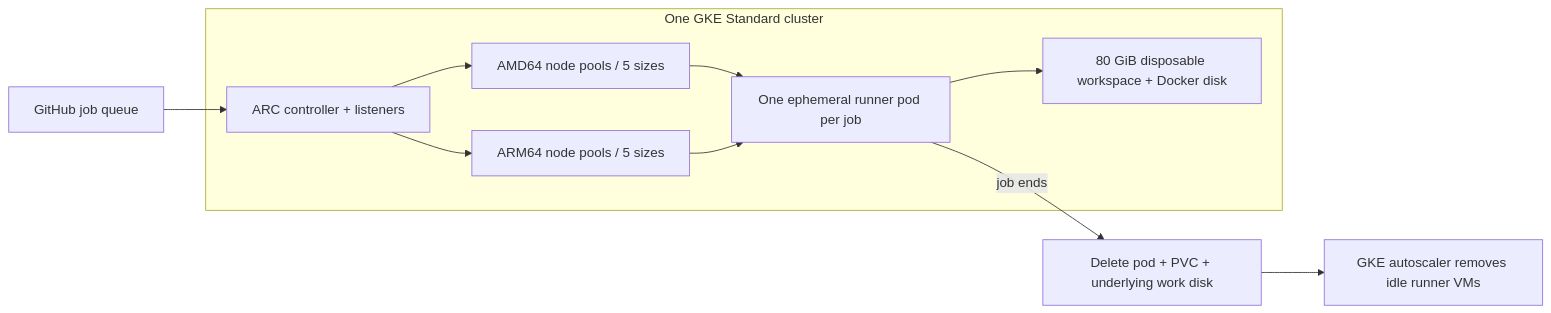
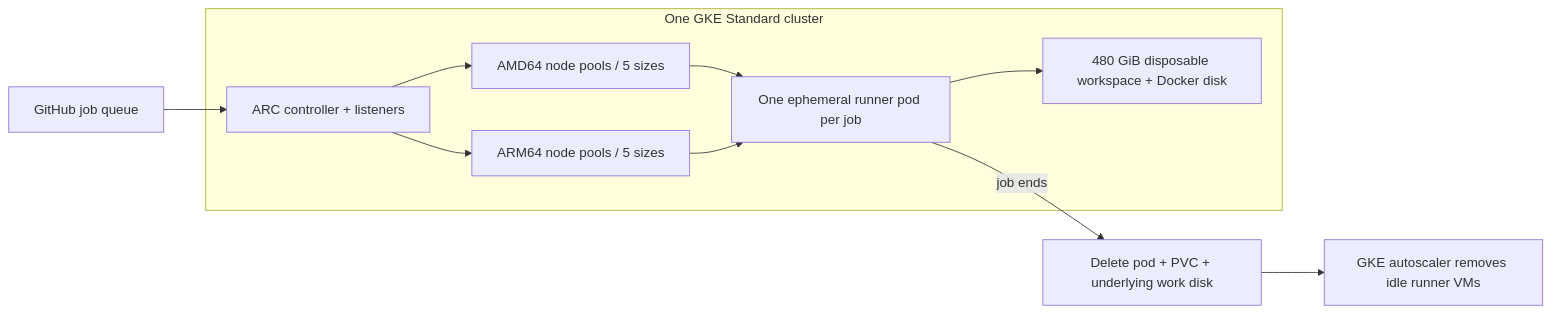
The diagram in README.md (luisleo526/gke-actions-fleet), drawn with Mermaid before and after one commit. The commit also changed other lines of this file and 9 other files, not shown here.

````diff
--- a/README.md
+++ b/README.md
@@ -23,13 +23,13 @@
 ```mermaid
 flowchart LR
     GH[GitHub job queue] --> ARC[ARC controller + listeners]
     subgraph GKE[One GKE Standard cluster]
       ARC --> A[AMD64 node pools / 5 sizes]
       ARC --> B[ARM64 node pools / 5 sizes]
       A --> P[One ephemeral runner pod per job]
       B --> P
-      P --> D[80 GiB disposable workspace + Docker disk]
+      P --> D[480 GiB disposable workspace + Docker disk]
     end
     P -->|job ends| GC[Delete pod + PVC + underlying work disk]
     GC --> CA[GKE autoscaler removes idle runner VMs]
 ```
````
